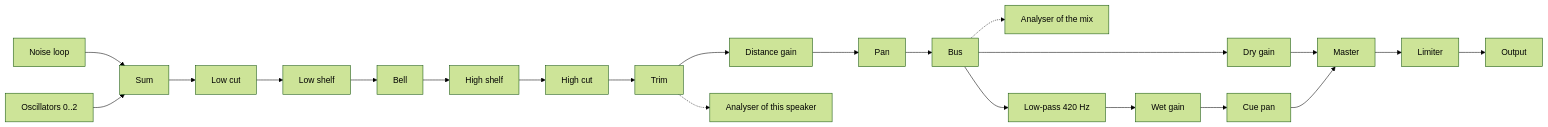
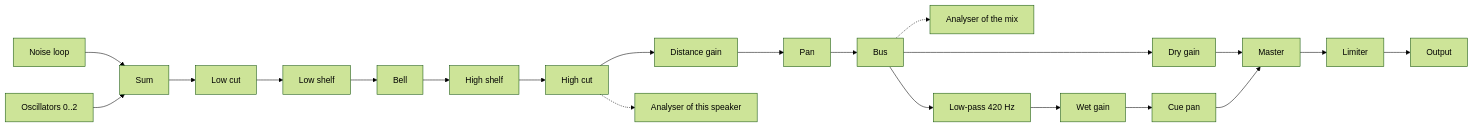
The first of 2 diagrams in docs/design/app/10-garden.md (JaceDashS/hush-garden), drawn with Mermaid (forest theme) before and after one commit. The commit also changed other lines of this file and 5 other files, not shown here.

````diff
--- a/docs/design/app/10-garden.md
+++ b/docs/design/app/10-garden.md
@@ -40,12 +40,12 @@
 ```mermaid
 flowchart LR
     N["Noise loop"] --> S["Sum"]
     O["Oscillators 0..2"] --> S
     S --> HP["Low cut"] --> LS["Low shelf"] --> MID["Bell"] --> HS["High shelf"] --> LP["High cut"]
-    LP --> T["Trim"] --> G["Distance gain"] --> P["Pan"] --> BUS["Bus"]
-    T -.-> AN["Analyser of this speaker"]
+    LP --> G["Distance gain"] --> P["Pan"] --> BUS["Bus"]
+    LP -.-> AN["Analyser of this speaker"]
     BUS -.-> MA["Analyser of the mix"]
     BUS --> DRY["Dry gain"] --> M["Master"]
     BUS --> DARK["Low-pass 420 Hz"] --> WET["Wet gain"] --> WP["Cue pan"] --> M
     M --> LIM["Limiter"] --> OUT["Output"]
 ```
````
